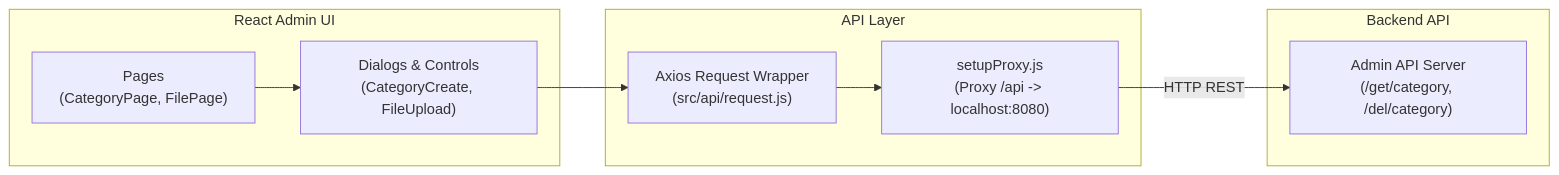
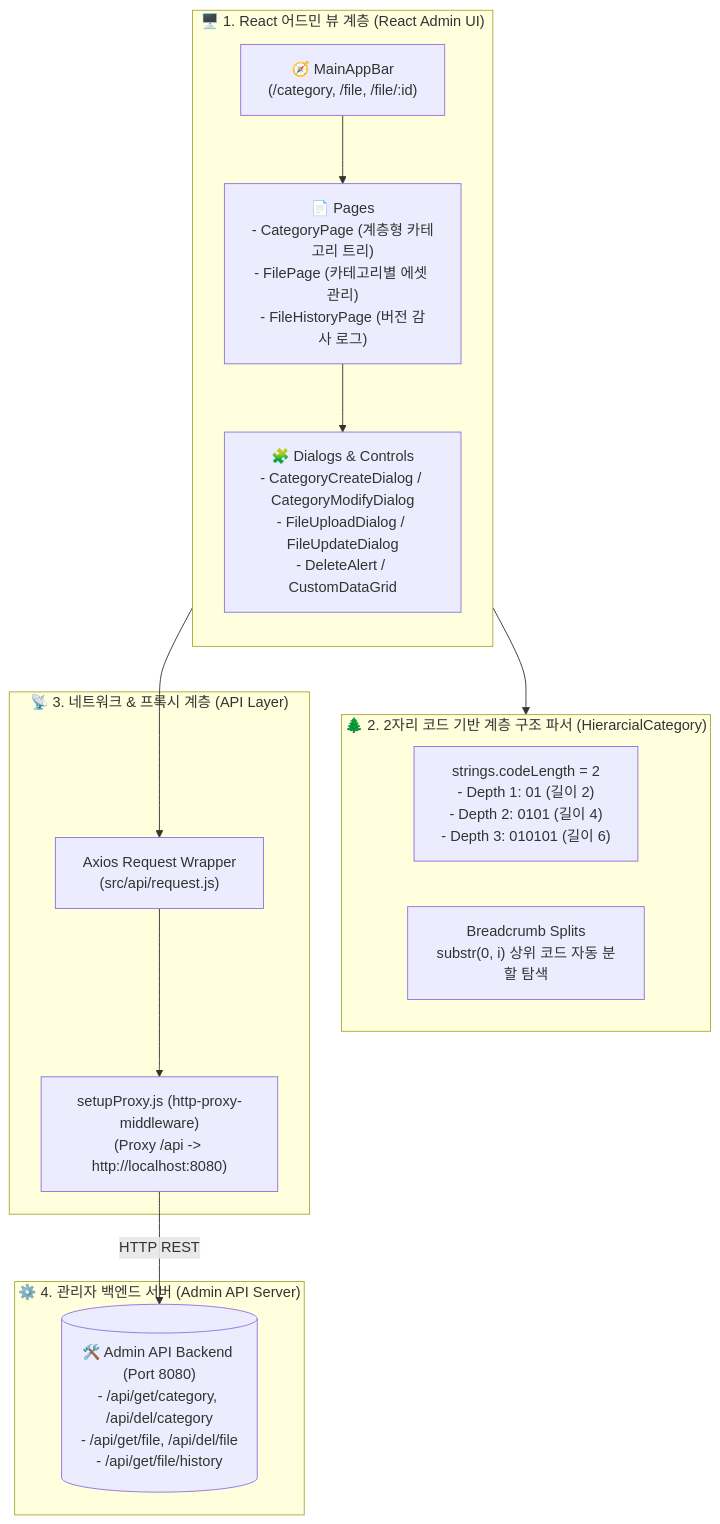
The diagram in vtok_admin_frontend/README.md (comfiapps/vtok-all), drawn with Mermaid before and after one commit. The commit also changed other lines of this file and 1 other file, not shown here.

Commit message:
docs: enrich architecture specifications for vtok_publishing_web and vtok_admin_frontend

````diff
--- a/vtok_admin_frontend/README.md
+++ b/vtok_admin_frontend/README.md
@@ -9,26 +9,30 @@
 ```mermaid
-flowchart LR
-    subgraph View ["React Admin UI"]
-        PAGES["Pages
-(CategoryPage, FilePage)"]
-        DIALOGS["Dialogs & Controls
-(CategoryCreate, FileUpload)"]
+flowchart TD
+    subgraph ViewTier ["🖥️ 1. React 어드민 뷰 계층 (React Admin UI)"]
+        direction TB
+        NAV["🧭 MainAppBar\n(/category, /file, /file/:id)"]
+        PAGES["📄 Pages\n- CategoryPage (계층형 카테고리 트리)\n- FilePage (카테고리별 에셋 관리)\n- FileHistoryPage (버전 감사 로그)"]
+        DIALOGS["🧩 Dialogs & Controls\n- CategoryCreateDialog / CategoryModifyDialog\n- FileUploadDialog / FileUpdateDialog\n- DeleteAlert / CustomDataGrid"]
+        NAV --> PAGES
+        PAGES --> DIALOGS
     end
 
-    subgraph Service ["API Layer"]
-        REQ["Axios Request Wrapper
-(src/api/request.js)"]
-        PROXY["setupProxy.js
-(Proxy /api -> localhost:8080)"]
+    subgraph TreeParser ["🌲 2. 2자리 코드 기반 계층 구조 파서 (HierarcialCategory)"]
+        CODE_SYS["strings.codeLength = 2\n- Depth 1: 01 (길이 2)\n- Depth 2: 0101 (길이 4)\n- Depth 3: 010101 (길이 6)"]
+        BREADCRUMB["Breadcrumb Splits\nsubstr(0, i) 상위 코드 자동 분할 탐색"]
     end
 
-    subgraph Server ["Backend API"]
-        API["Admin API Server
-(/get/category, /del/category)"]
+    subgraph ServiceTier ["📡 3. 네트워크 & 프록시 계층 (API Layer)"]
+        REQ["Axios Request Wrapper\n(src/api/request.js)"]
+        PROXY["setupProxy.js (http-proxy-middleware)\n(Proxy /api -> http://localhost:8080)"]
     end
 
-    PAGES --> DIALOGS
+    subgraph ServerTier ["⚙️ 4. 관리자 백엔드 서버 (Admin API Server)"]
+        API[("🛠️ Admin API Backend (Port 8080)\n- /api/get/category, /api/del/category\n- /api/get/file, /api/del/file\n- /api/get/file/history")]
+    end
+
+    PAGES --> TreeParser
     DIALOGS --> REQ
     REQ --> PROXY
     PROXY -->|HTTP REST| API
 ```
````
